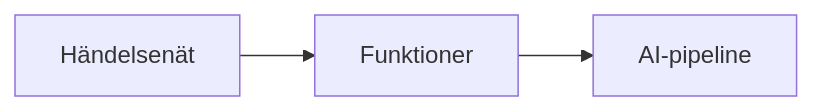
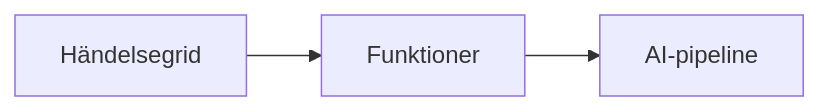
Before and after one commit to microsoft/AZD-for-beginners: the second of 2 diagrams in translations/sv/docs/chapter-08-production/README.md, drawn with Mermaid. The commit also changed other lines of this file and 104 other files, not shown here.

````diff
--- a/translations/sv/docs/chapter-08-production/README.md
+++ b/translations/sv/docs/chapter-08-production/README.md
@@ -56,4 +57,4 @@
 ```mermaid
 graph LR
-    EventGrid[Händelsenät] --> Functions[Funktioner] --> Pipeline[AI-pipeline]
+    EventGrid[Händelsegrid] --> Functions[Funktioner] --> Pipeline[AI-pipeline]
 ```
````
